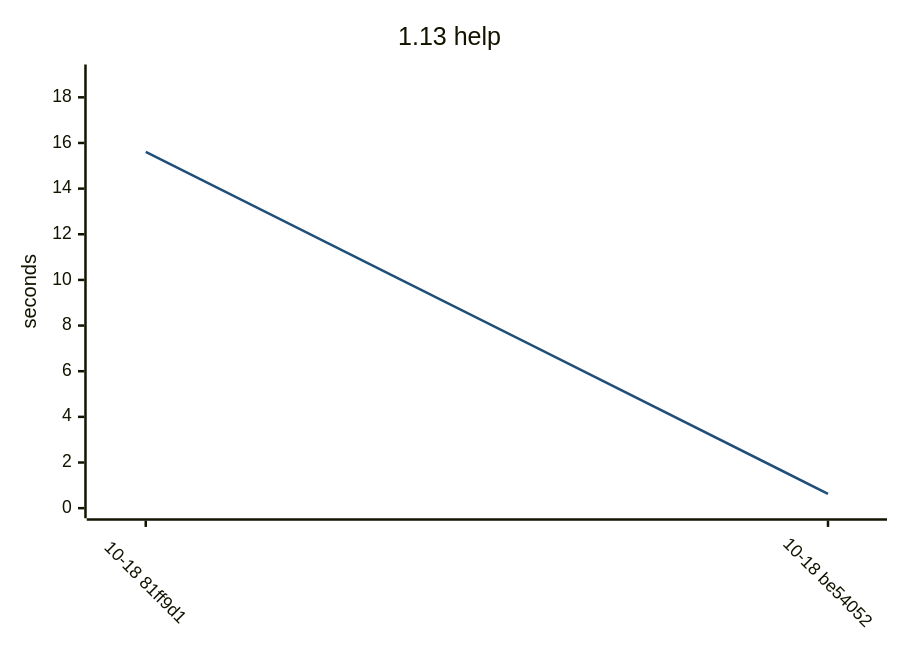
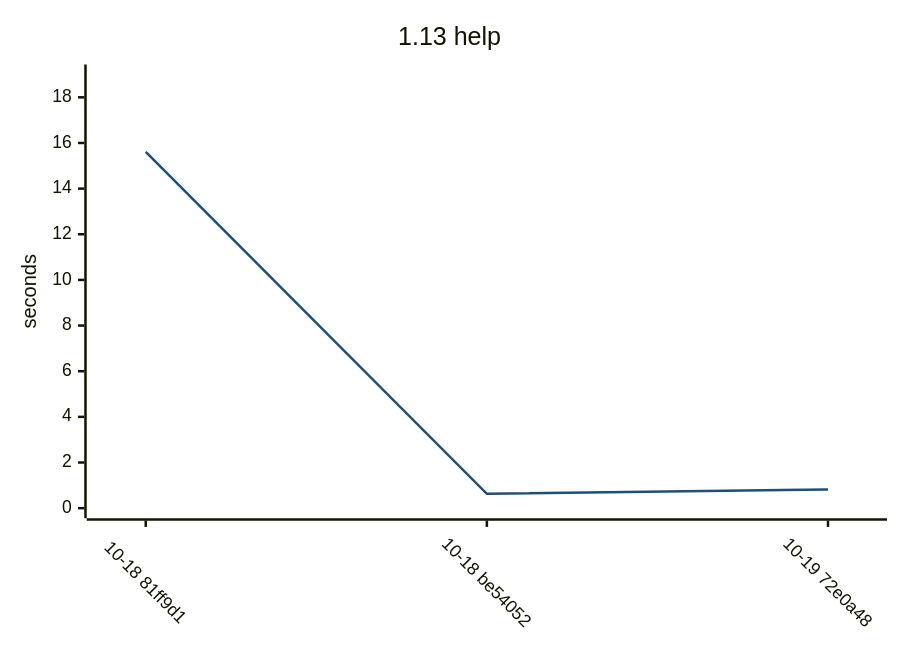
One commit to yamanori99/DistSSHKit.jl changed the first of 12 diagrams in README.md. Above: the diagram before and after it, drawn with Mermaid. The commit also changed other lines of this file and 1 other file, not shown here.

````diff
--- a/README.md
+++ b/README.md
@@ -22,17 +22,17 @@
 ```mermaid
 ---
 config:
   theme: base
   themeVariables:
     xyChart:
       plotColorPalette: "#1f4e79"
   xyChart:
     xAxis:
       labelRotation: 45
 ---
 xychart-beta
     title "1.13 help"
-    x-axis ["10-18 81ff9d1", "10-18 be54052"]
+    x-axis ["10-18 81ff9d1", "10-18 be54052", "10-19 72e0a48"]
     y-axis "seconds" 0 --> 19
-    line [15.61, 0.63]
+    line [15.61, 0.63, 0.82]
 ```
````
